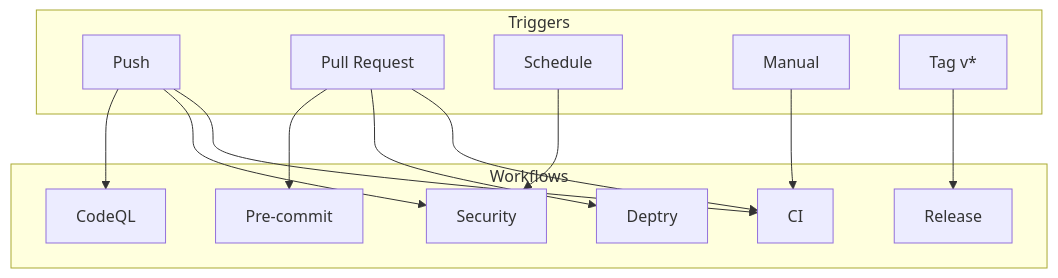
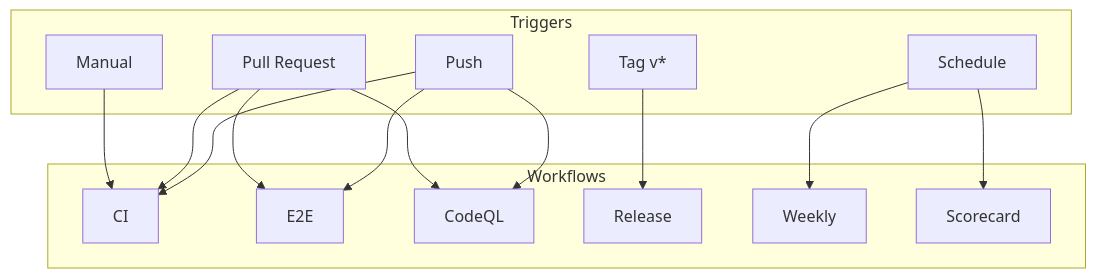
The eighth of 9 diagrams in docs/reference/ARCHITECTURE.md (Jebel-Quant/rhiza), drawn with Mermaid before and after one commit. The commit also changed other lines of this file and 8 other files, not shown here.

````diff
--- a/docs/reference/ARCHITECTURE.md
+++ b/docs/reference/ARCHITECTURE.md
@@ -266,29 +260,30 @@
 ```mermaid
 flowchart TD
     subgraph Triggers
         push[Push]
         pr[Pull Request]
         schedule[Schedule]
         manual[Manual]
         tag[Tag v*]
     end
 
     subgraph Workflows
         ci[CI]
-        security[Security]
+        e2e[E2E]
         codeql[CodeQL]
         release[Release]
-        deptry[Deptry]
-        precommit[Pre-commit]
+        weekly[Weekly]
+        scorecard[Scorecard]
     end
 
     push --> ci
-    push --> security
+    push --> e2e
     push --> codeql
     pr --> ci
-    pr --> deptry
-    pr --> precommit
-    schedule --> security
+    pr --> e2e
+    pr --> codeql
+    schedule --> weekly
+    schedule --> scorecard
     manual --> ci
     tag --> release
 ```
````
